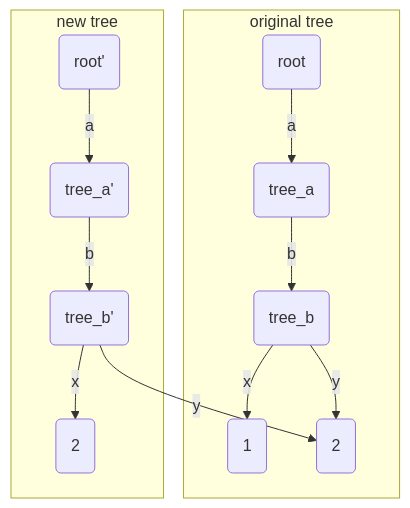
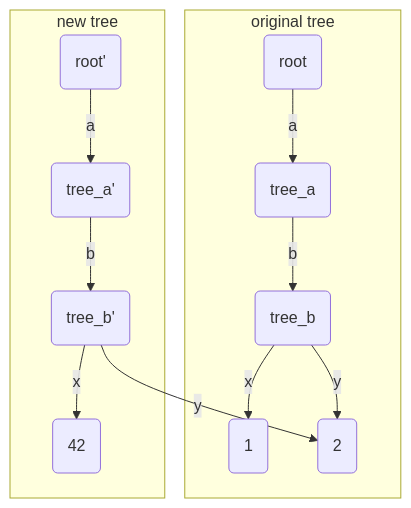
Before and after one commit to jzhonx/jzhonx.github.io: the first of 6 diagrams in _posts/2026-03-17-zippers.markdown, drawn with Mermaid. The commit also changed other lines of this file, not shown here.

````diff
--- a/_posts/2026-03-17-zippers.markdown
+++ b/_posts/2026-03-17-zippers.markdown
@@ -111,16 +110,16 @@
 ```mermaid
 flowchart TD
 	subgraph original tree
     root1("root") -->|a| a
     a("tree_a") -->|b| b
     b("tree_b") -->|x| x("1")
     b -->|y| y("2")
 	end
 	
 	subgraph new tree
 		root2("root'") -->|a| a2
 		a2("tree_a'") -->|b| b2
-    b2("tree_b'") -->|x| x2("2")
+    b2("tree_b'") -->|x| x2("42")
     b2 -->|y| y
 	end
 ```
````
